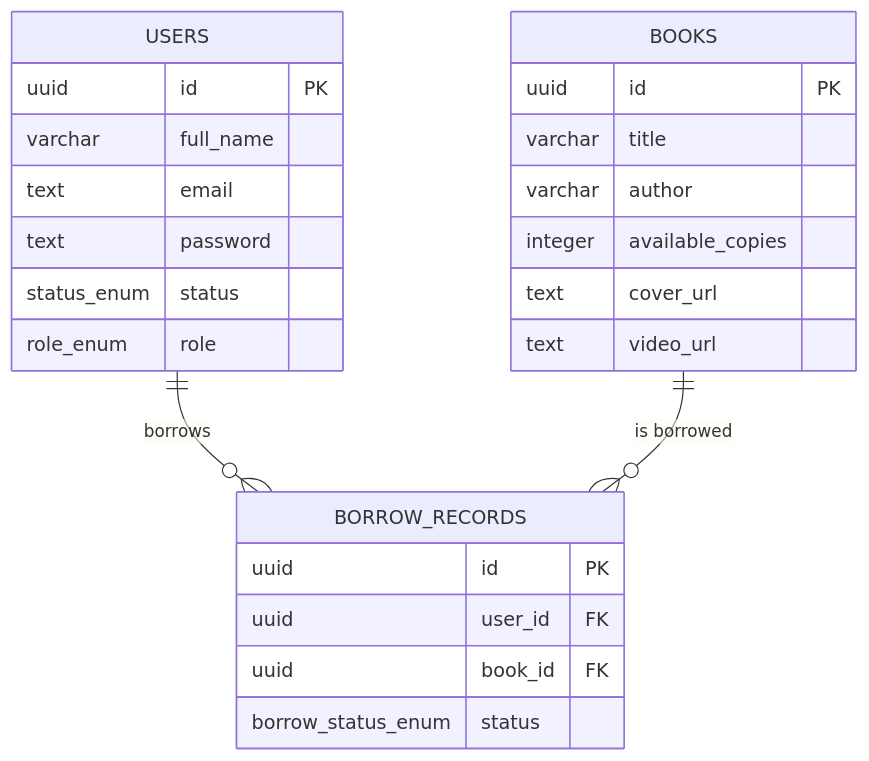
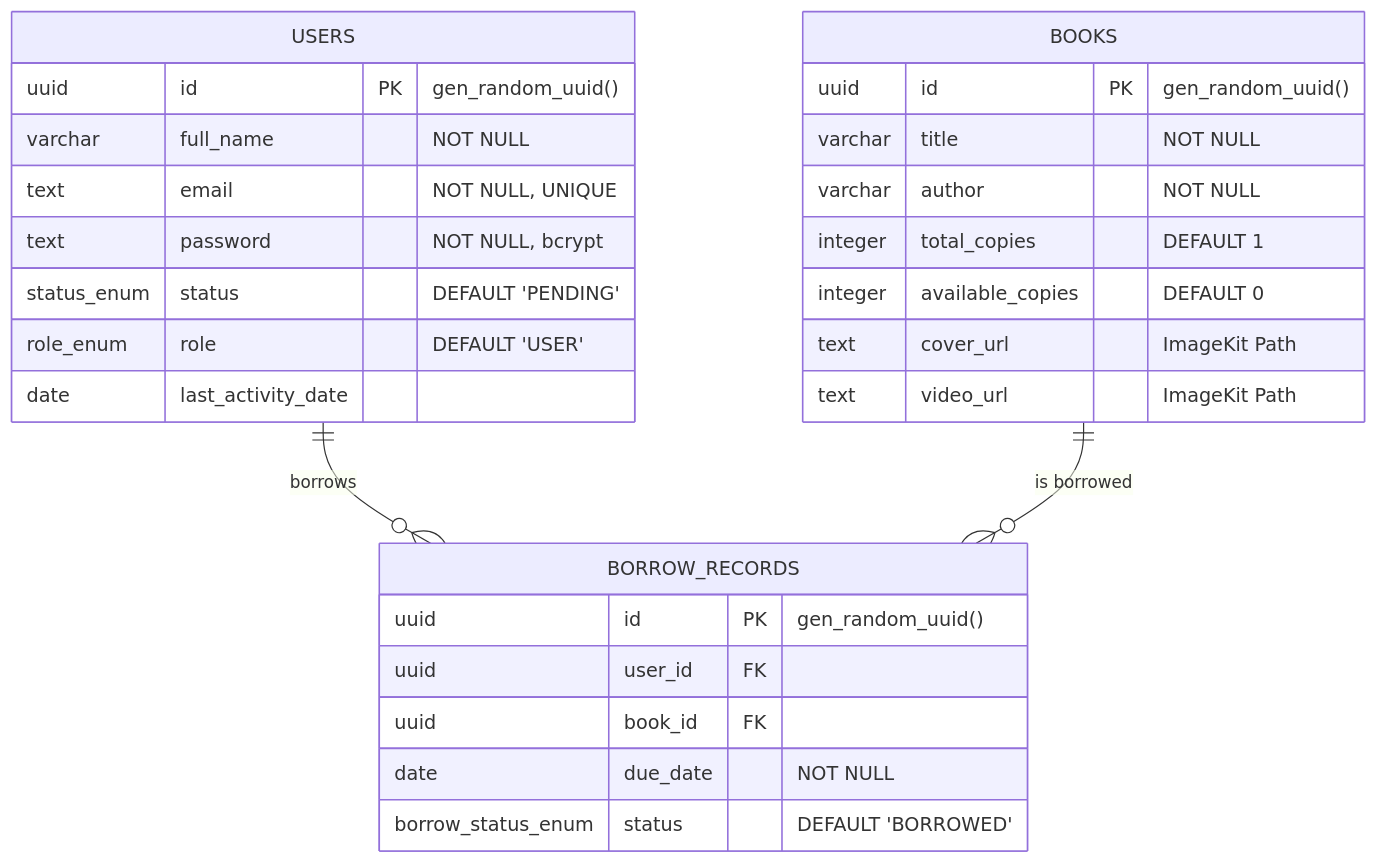
The third of 3 diagrams in README.md (codesbysaravana/bookdom), drawn with Mermaid before and after one commit. The commit also changed other lines of this file, not shown here.

````diff
--- a/README.md
+++ b/README.md
@@ -80,30 +120,33 @@
 ```mermaid
 erDiagram
     USERS ||--o{ BORROW_RECORDS : "borrows"
     BOOKS ||--o{ BORROW_RECORDS : "is borrowed"
 
     USERS {
-        uuid id PK
-        varchar full_name
-        text email
-        text password
-        status_enum status
-        role_enum role
+        uuid id PK "gen_random_uuid()"
+        varchar full_name "NOT NULL"
+        text email "NOT NULL, UNIQUE"
+        text password "NOT NULL, bcrypt"
+        status_enum status "DEFAULT 'PENDING'"
+        role_enum role "DEFAULT 'USER'"
+        date last_activity_date
     }
 
     BOOKS {
-        uuid id PK
-        varchar title
-        varchar author
-        integer available_copies
-        text cover_url
-        text video_url
+        uuid id PK "gen_random_uuid()"
+        varchar title "NOT NULL"
+        varchar author "NOT NULL"
+        integer total_copies "DEFAULT 1"
+        integer available_copies "DEFAULT 0"
+        text cover_url "ImageKit Path"
+        text video_url "ImageKit Path"
     }
 
     BORROW_RECORDS {
-        uuid id PK
+        uuid id PK "gen_random_uuid()"
         uuid user_id FK
         uuid book_id FK
-        borrow_status_enum status
+        date due_date "NOT NULL"
+        borrow_status_enum status "DEFAULT 'BORROWED'"
     }
 ```
````
